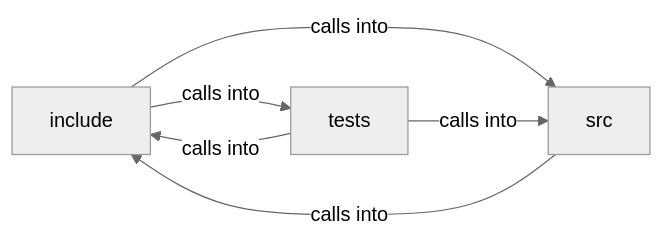
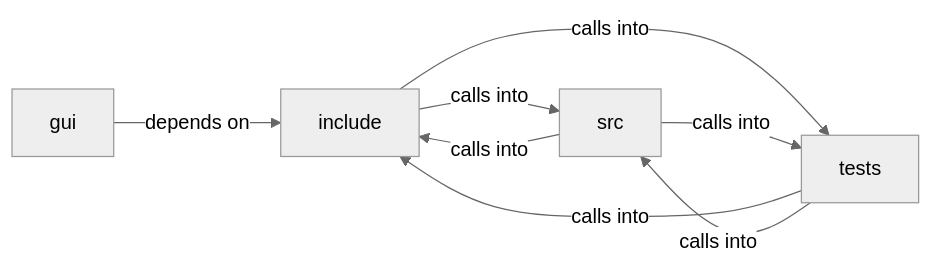
The diagram in readmenator-diagrams/include_page_view.md (grisuno/FreeDom), drawn with Mermaid (neutral theme) before and after one commit. The commit also changed other lines of this file and 301 other files, not shown here.

````diff
--- a/readmenator-diagrams/include_page_view.md
+++ b/readmenator-diagrams/include_page_view.md
@@ -5,11 +5,14 @@
 ```mermaid
 graph LR
+    gui["gui"]
     include["include"]
     src["src"]
     tests["tests"]
+    gui -- "depends on" --> include
     include -- "calls into" --> src
     include -- "calls into" --> tests
     src -- "calls into" --> include
+    src -- "calls into" --> tests
     tests -- "calls into" --> include
     tests -- "calls into" --> src
 ```
````
